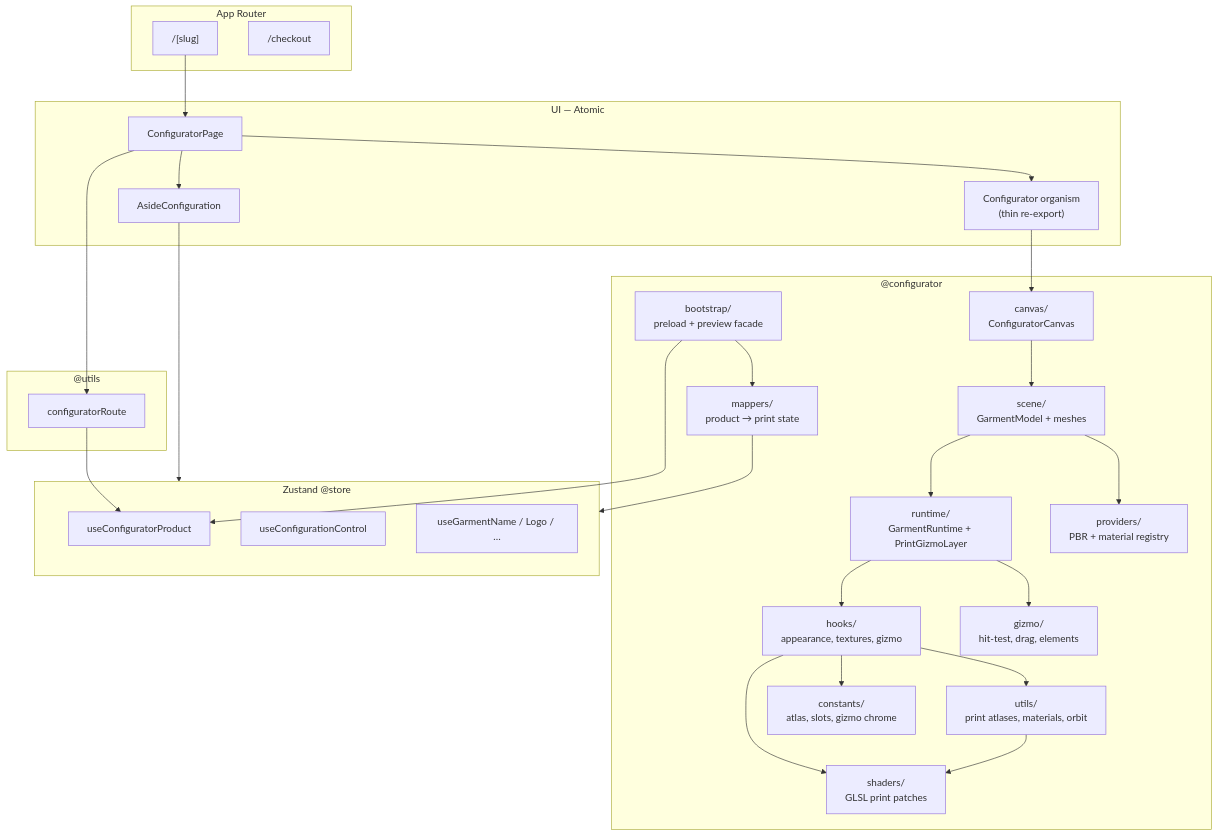
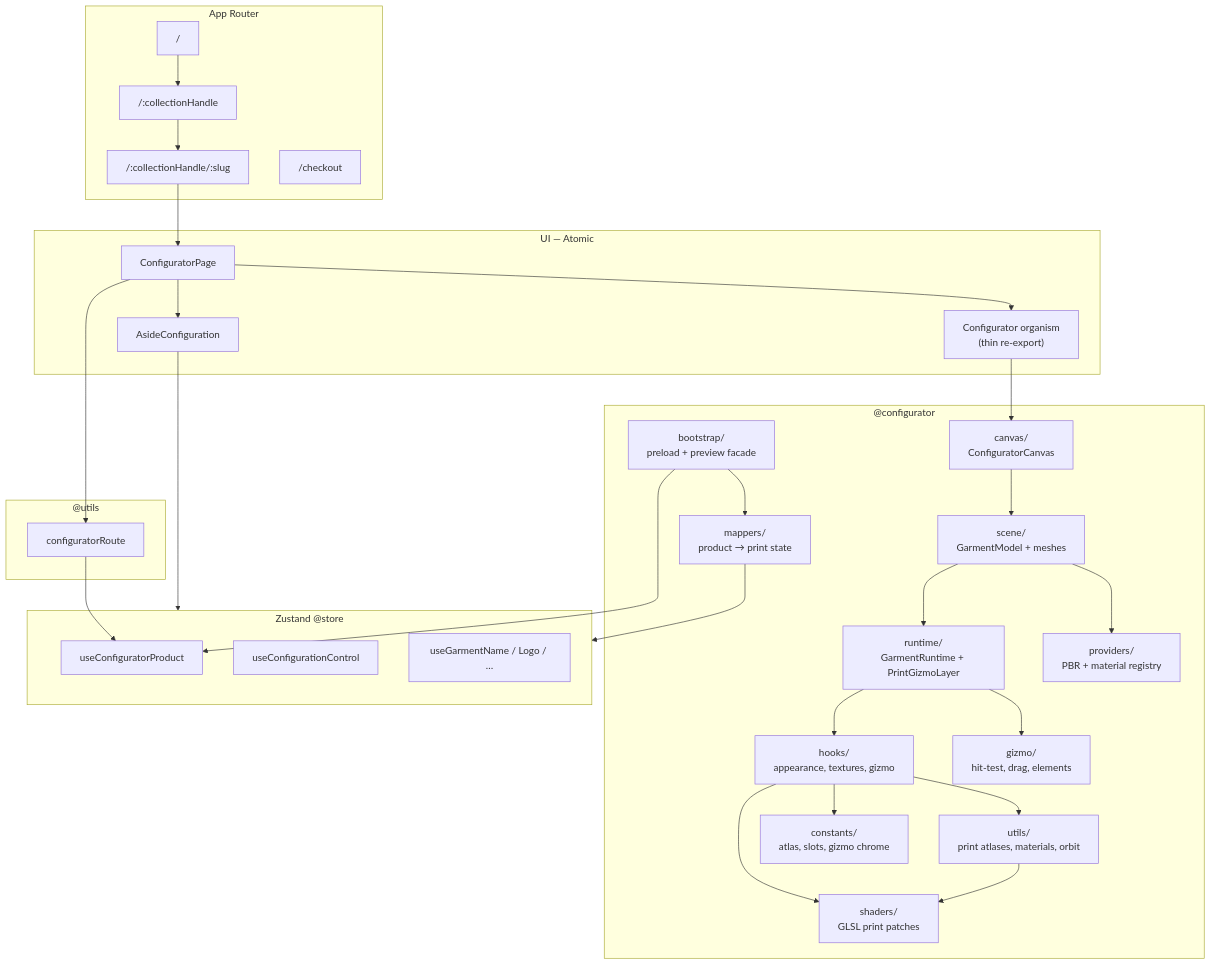
Before and after one commit to alexracovets/config_realize: the diagram in ARCHITECTURE.md, drawn with Mermaid. The commit also changed other lines of this file and 602 other files, not shown here.

````diff
--- a/ARCHITECTURE.md
+++ b/ARCHITECTURE.md
@@ -57,57 +57,61 @@
 ```mermaid
 flowchart TB
   subgraph routes [App Router]
-    Slug["/[slug]"]
+    Home["/"]
+    Collection["/:collectionHandle"]
+    Configurator["/:collectionHandle/:slug"]
     Checkout["/checkout"]
   end
 
   subgraph ui [UI — Atomic]
     Page["ConfiguratorPage"]
     Aside["AsideConfiguration"]
     Organism["Configurator organism\n(thin re-export)"]
   end
 
   subgraph cfg ["@configurator"]
     Bootstrap["bootstrap/\npreload + preview facade"]
     Canvas["canvas/\nConfiguratorCanvas"]
     Scene["scene/\nGarmentModel + meshes"]
     Runtime["runtime/\nGarmentRuntime + PrintGizmoLayer"]
     Hooks["hooks/\nappearance, textures, gizmo"]
     Utils["utils/\nprint atlases, materials, orbit"]
     Gizmo["gizmo/\nhit-test, drag, elements"]
     Mappers["mappers/\nproduct → print state"]
     Shaders["shaders/\nGLSL print patches"]
     Providers["providers/\nPBR + material registry"]
     CfgConstants["constants/\natlas, slots, gizmo chrome"]
   end
 
   subgraph state [Zustand @store]
     Product["useConfiguratorProduct"]
     Control["useConfigurationControl"]
     Garment["useGarmentName / Logo / …"]
   end
 
   subgraph appUtils ["@utils"]
     RouteUtils["configuratorRoute"]
   end
 
-  Slug --> Page
+  Home --> Collection
+  Collection --> Configurator
+  Configurator --> Page
   Page --> Aside
   Page --> Organism
   Page --> RouteUtils
   Organism --> Canvas
   Bootstrap --> Product
   RouteUtils --> Product
   Canvas --> Scene
   Scene --> Runtime
   Runtime --> Hooks
   Hooks --> Utils
   Hooks --> Shaders
   Hooks --> CfgConstants
   Utils --> Shaders
   Scene --> Providers
   Bootstrap --> Mappers
   Mappers --> state
   Runtime --> Gizmo
   Aside --> state
 ```
````
